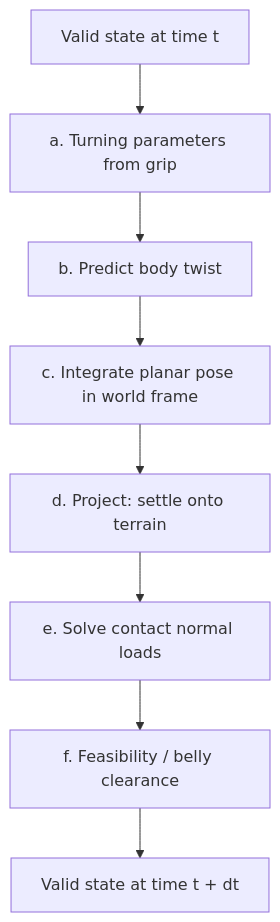
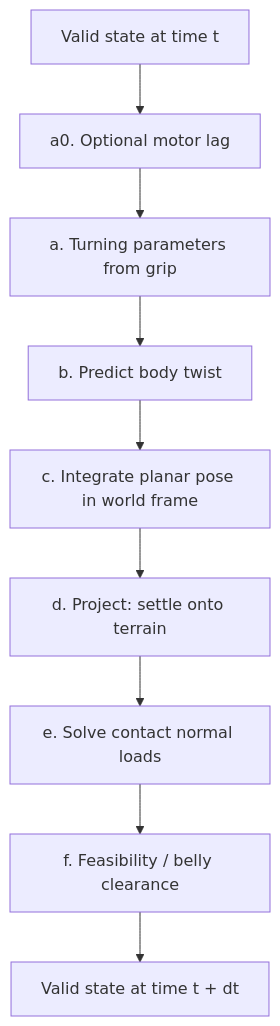
The diagram in docs/physics_modelling.md (aleskucera/helhest_stack), drawn with Mermaid before and after one commit. The commit also changed other lines of this file and 1 other file, not shown here.

````diff
--- a/docs/physics_modelling.md
+++ b/docs/physics_modelling.md
@@ -94,10 +105,11 @@
 ```mermaid
 flowchart TD
-    Start[Valid state at time t] --> Turn[a. Turning parameters from grip]
+    Start[Valid state at time t] --> Lag[a0. Optional motor lag]
+    Lag --> Turn[a. Turning parameters from grip]
     Turn --> Twist[b. Predict body twist]
     Twist --> Integrate[c. Integrate planar pose in world frame]
     Integrate --> Settle[d. Project: settle onto terrain]
     Settle --> Loads[e. Solve contact normal loads]
     Loads --> Feas[f. Feasibility / belly clearance]
     Feas --> End[Valid state at time t + dt]
 ```
````
